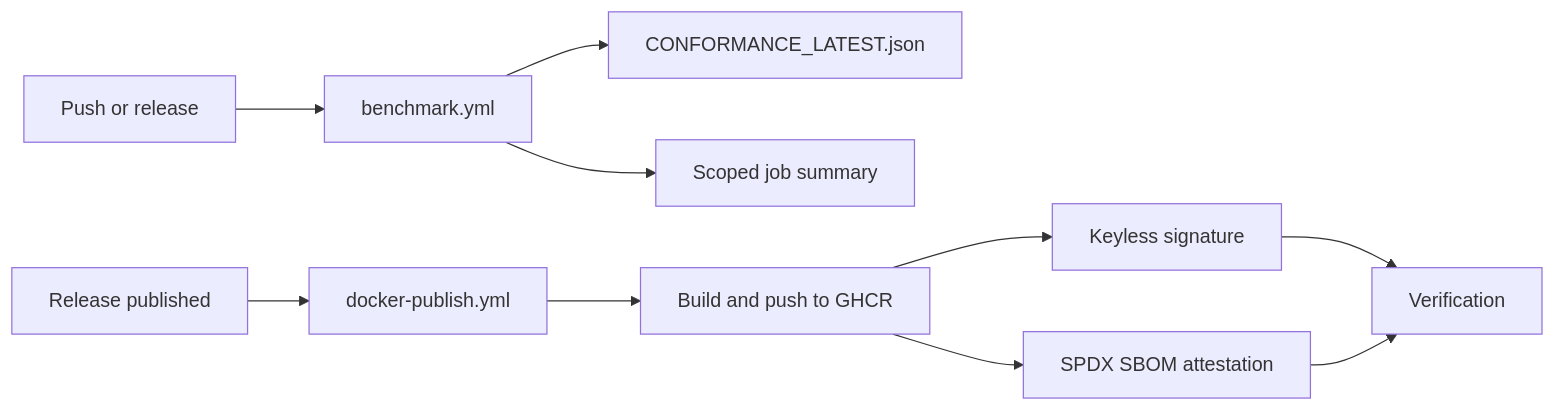
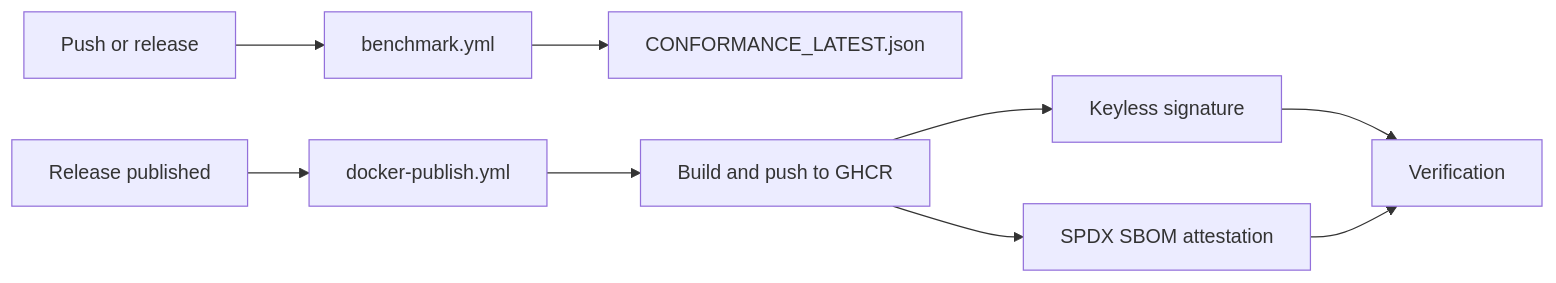
The diagram in website/docs/features/secure-infrastructure-service-mesh/ci-cd-supply-chain-security.md (ninadphalak/LLM-Shield-Proxy), drawn with Mermaid before and after one commit. The commit also changed other lines of this file and 94 other files, not shown here.

````diff
--- a/website/docs/features/secure-infrastructure-service-mesh/ci-cd-supply-chain-security.md
+++ b/website/docs/features/secure-infrastructure-service-mesh/ci-cd-supply-chain-security.md
@@ -50,12 +24,11 @@
 ```mermaid
 flowchart LR
     A[Push or release] --> B[benchmark.yml]
     B --> C[CONFORMANCE_LATEST.json]
-    B --> D[Scoped job summary]
     E[Release published] --> F[docker-publish.yml]
     F --> G[Build and push to GHCR]
     G --> H[Keyless signature]
     G --> I[SPDX SBOM attestation]
     H --> J[Verification]
     I --> J
 ```
````
